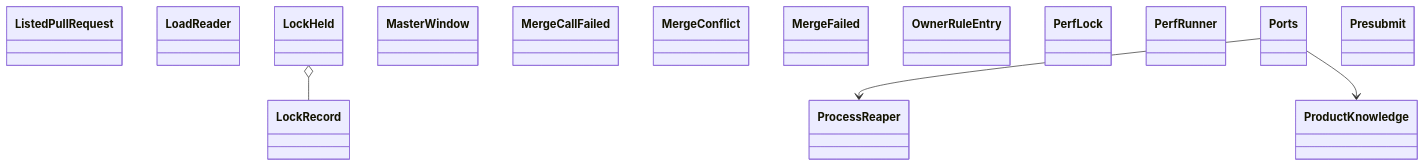
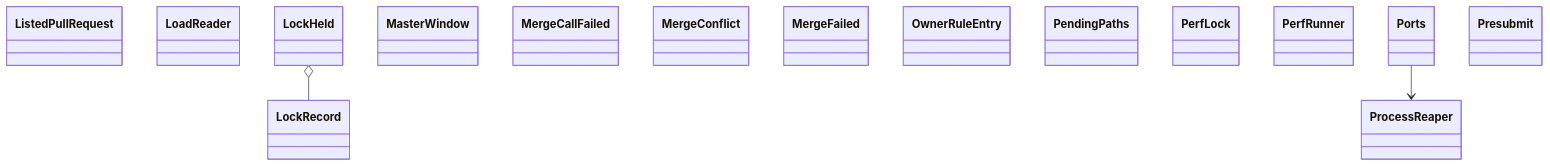
Before and after one commit to GonzaloZevallos/agentic-system: the diagram in docs/architecture/generated/classes-process-application-support-4.md, drawn with Mermaid. The commit also changed other lines of this file and 11 other files, not shown here.

First line of the commit message:
Add the optional PendingPaths port and its strict git status adapter

````diff
--- a/docs/architecture/generated/classes-process-application-support-4.md
+++ b/docs/architecture/generated/classes-process-application-support-4.md
@@ -20,21 +20,20 @@
 ```mermaid
 classDiagram
     class ports__ListedPullRequest["ListedPullRequest"]
     class ports__LoadReader["LoadReader"]
     class ports__LockHeld["LockHeld"]
     class ports__LockRecord["LockRecord"]
     class ports__MasterWindow["MasterWindow"]
     class ports__MergeCallFailed["MergeCallFailed"]
     class ports__MergeConflict["MergeConflict"]
     class ports__MergeFailed["MergeFailed"]
     class ports__OwnerRuleEntry["OwnerRuleEntry"]
+    class ports__PendingPaths["PendingPaths"]
     class ports__PerfLock["PerfLock"]
     class ports__PerfRunner["PerfRunner"]
     class ports__Ports["Ports"]
     class ports__Presubmit["Presubmit"]
     class ports__ProcessReaper["ProcessReaper"]
-    class ports__ProductKnowledge["ProductKnowledge"]
     ports__LockHeld o-- ports__LockRecord
     ports__Ports --> ports__ProcessReaper
-    ports__Ports --> ports__ProductKnowledge
 ```
````
